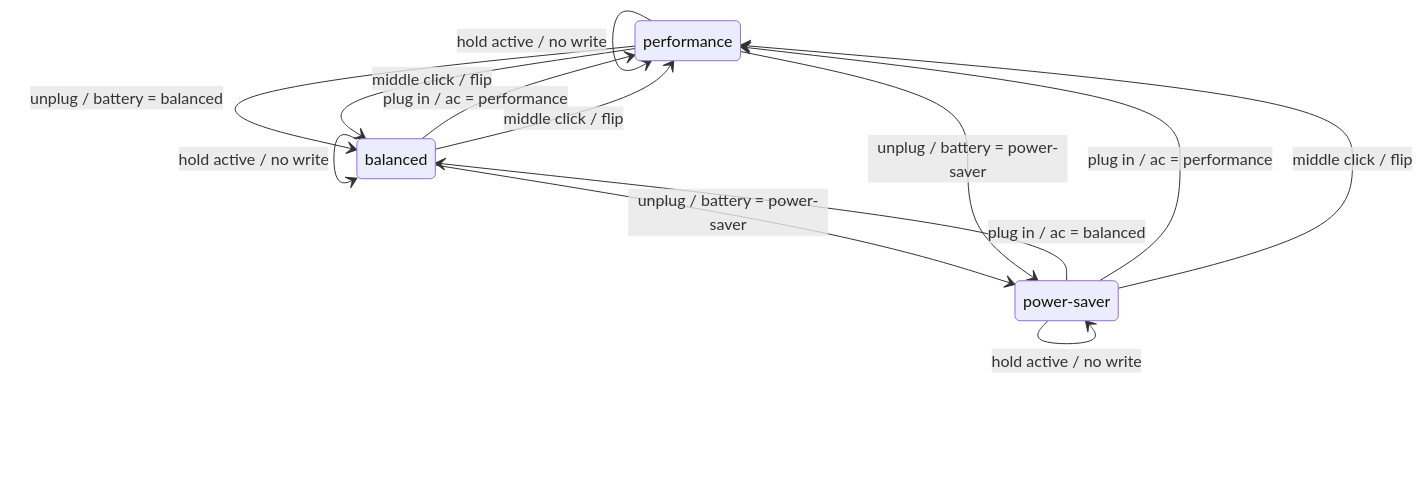
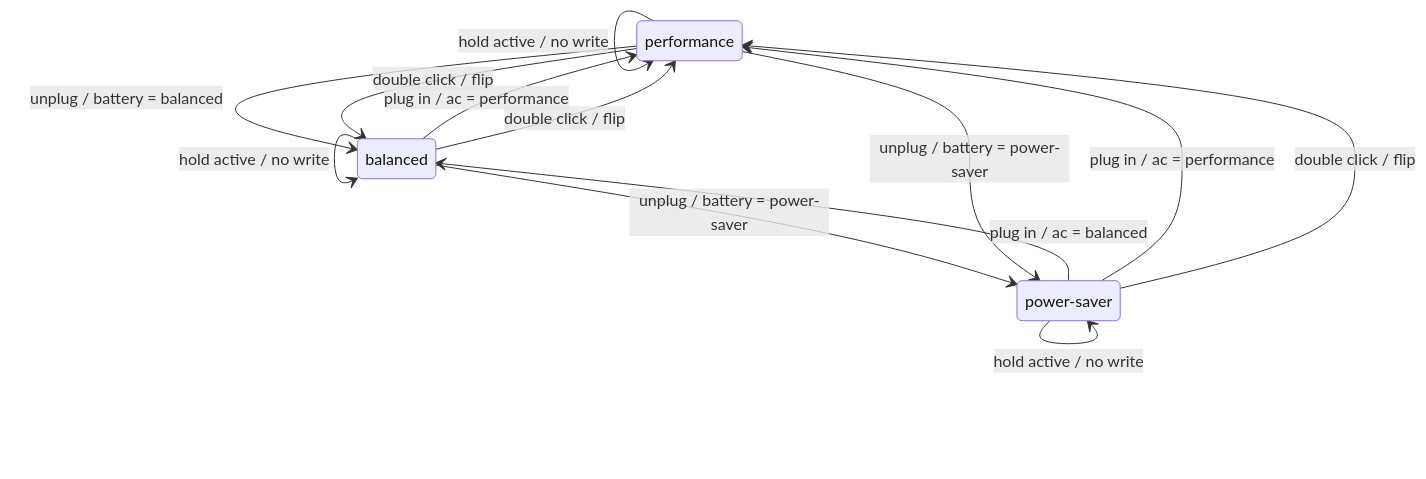
The first of 2 diagrams in README.md (mattyv/powerswitch), drawn with Mermaid before and after one commit. The commit also changed other lines of this file and 3 other files, not shown here.

````diff
--- a/README.md
+++ b/README.md
@@ -63,18 +64,18 @@
 ```mermaid
 stateDiagram-v2
   state "performance" as performance
   state "balanced" as balanced
   state "power-saver" as powersaver
   balanced --> powersaver: unplug / battery = power-saver
   powersaver --> balanced: plug in / ac = balanced
   balanced --> performance: plug in / ac = performance
   performance --> balanced: unplug / battery = balanced
   powersaver --> performance: plug in / ac = performance
   performance --> powersaver: unplug / battery = power-saver
-  balanced --> performance: middle click / flip
-  powersaver --> performance: middle click / flip
-  performance --> balanced: middle click / flip
+  balanced --> performance: double click / flip
+  powersaver --> performance: double click / flip
+  performance --> balanced: double click / flip
   balanced --> balanced: hold active / no write
   powersaver --> powersaver: hold active / no write
   performance --> performance: hold active / no write
 ```
````
